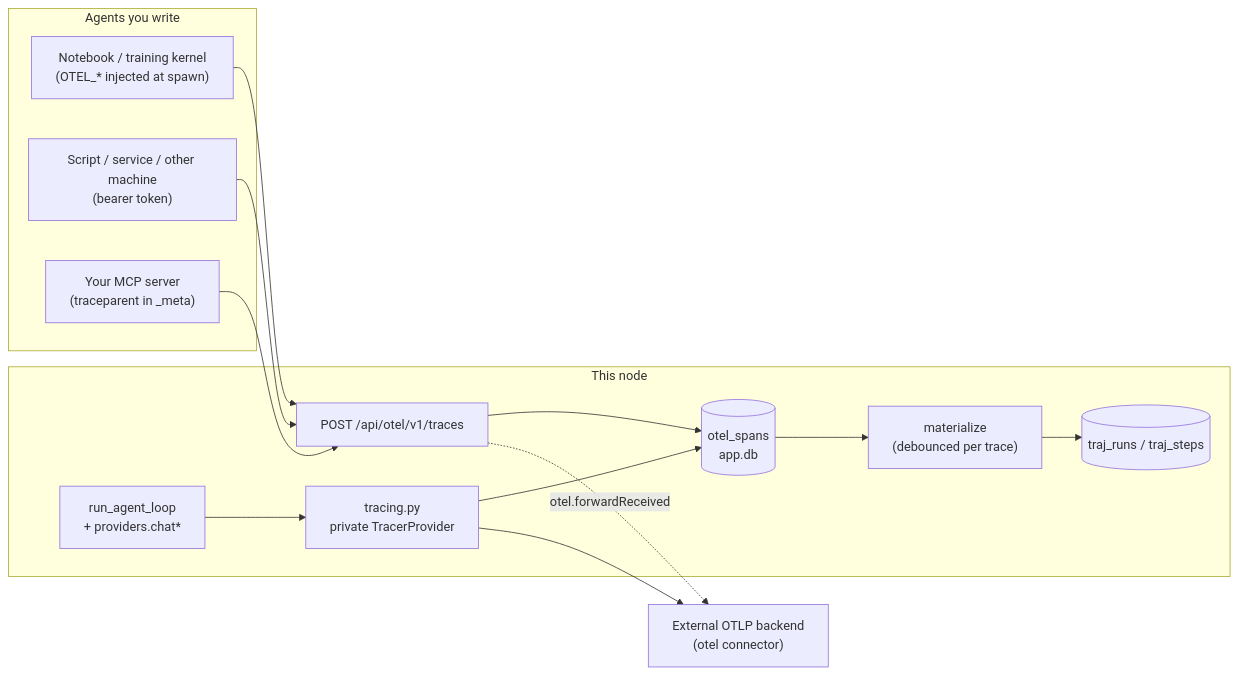
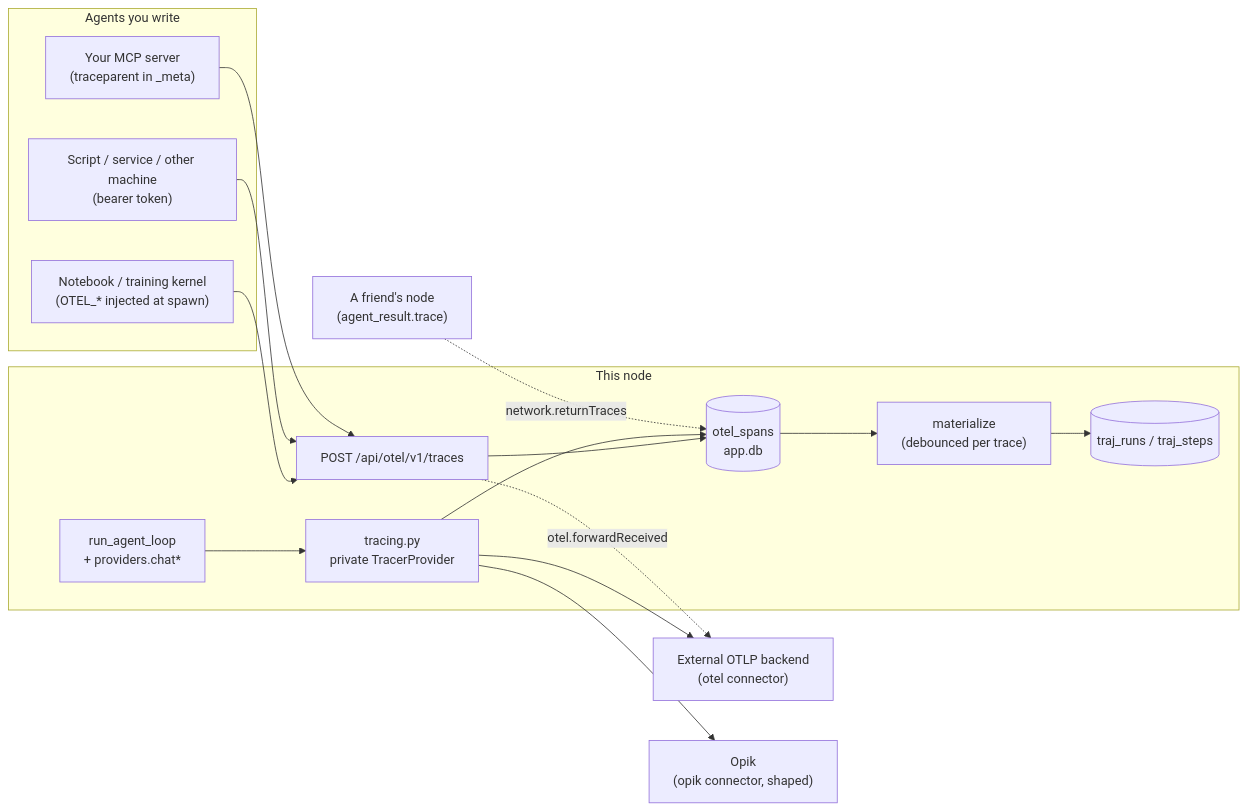
One commit to ConstCorrectness/horrible-dashboard changed the diagram in docs/modules/otel.mdx. Above: the diagram before and after it, drawn with Mermaid. The commit also changed other lines of this file and 53 other files, not shown here.

````diff
--- a/docs/modules/otel.mdx
+++ b/docs/modules/otel.mdx
@@ -18,24 +20,28 @@
 ```mermaid
 flowchart LR
   subgraph yours["Agents you write"]
     nb["Notebook / training kernel<br/>(OTEL_* injected at spawn)"]
     ext["Script / service / other machine<br/>(bearer token)"]
     mcp["Your MCP server<br/>(traceparent in _meta)"]
   end
   subgraph node["This node"]
     rx["POST /api/otel/v1/traces"]
     spans[("otel_spans<br/>app.db")]
     mat["materialize<br/>(debounced per trace)"]
     traj[("traj_runs / traj_steps")]
     loop["run_agent_loop<br/>+ providers.chat*"]
     tracer["tracing.py<br/>private TracerProvider"]
   end
   backend["External OTLP backend<br/>(otel connector)"]
+  opik["Opik<br/>(opik connector, shaped)"]
+  peer["A friend's node<br/>(agent_result.trace)"]
   nb --> rx
   ext --> rx
   mcp --> rx
   rx --> spans --> mat --> traj
   loop --> tracer --> spans
   tracer --> backend
+  tracer --> opik
+  peer -. "network.returnTraces" .-> spans
   rx -. "otel.forwardReceived" .-> backend
 ```
````
